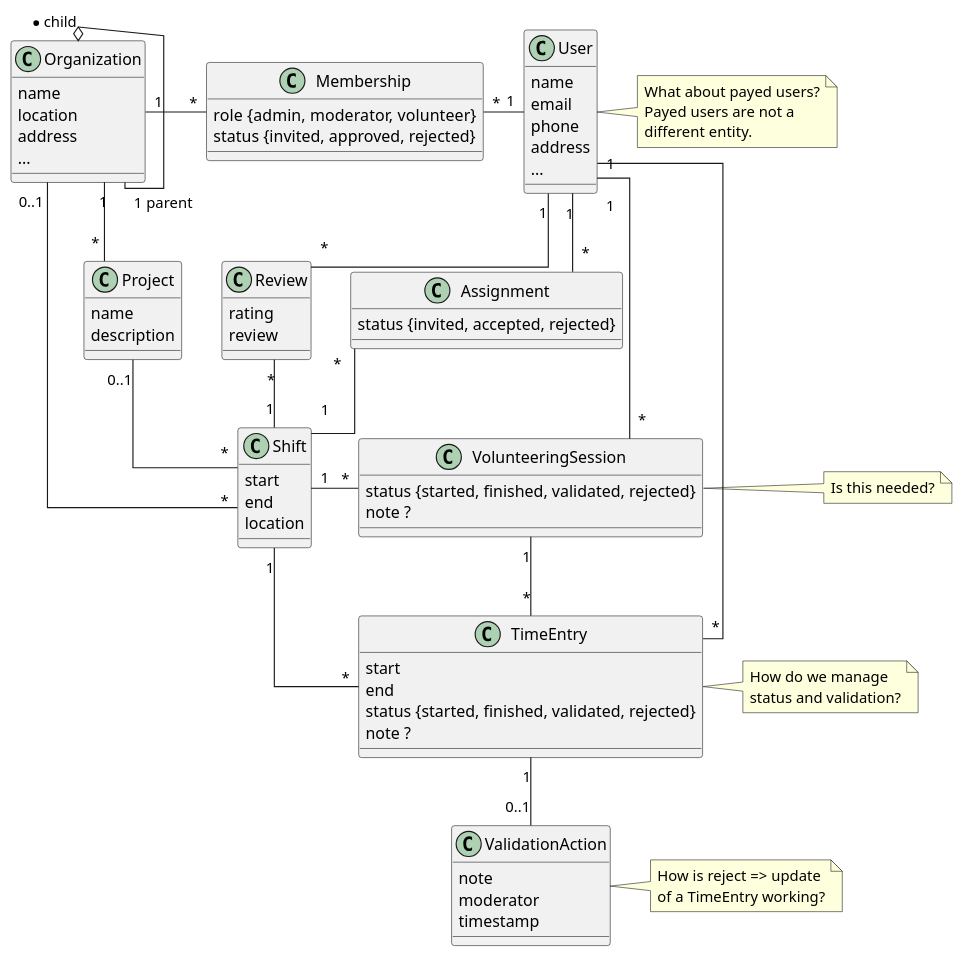
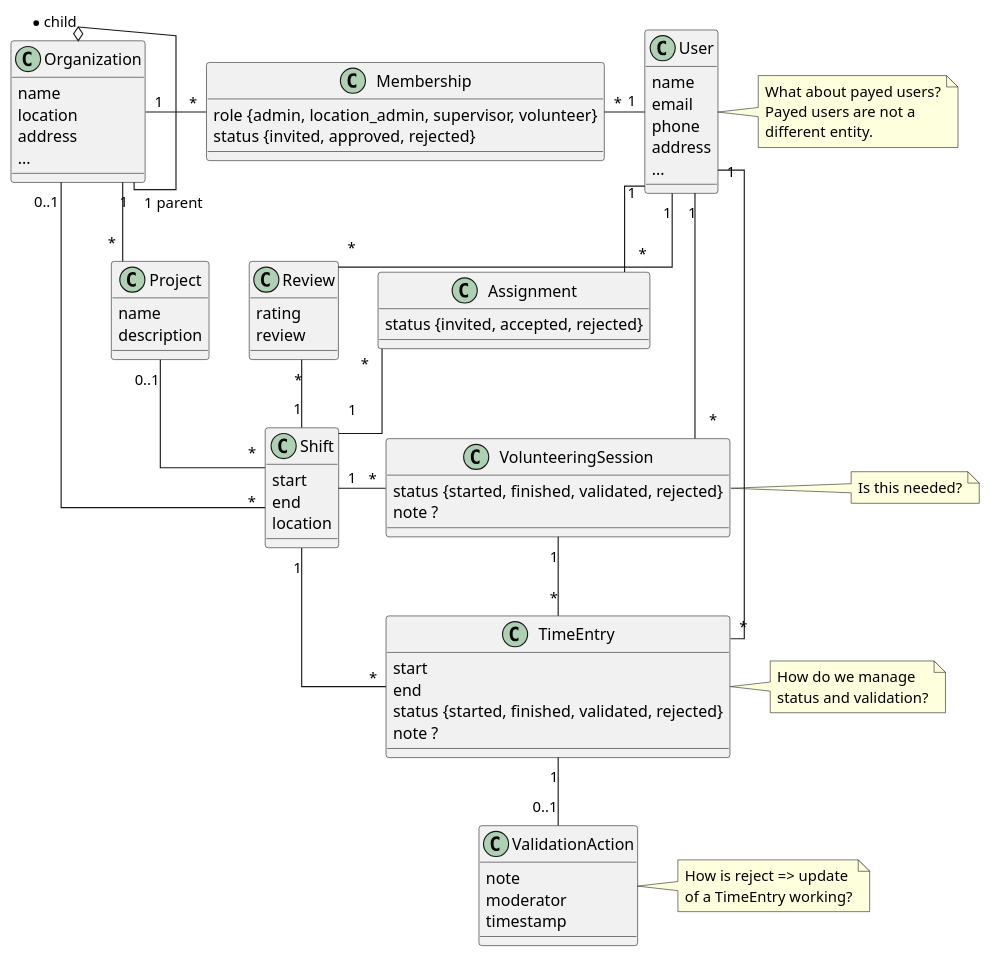
The diagram in model.plantuml (holi-social/caluno), drawn with PlantUML before and after one commit. The commit also changed 33 other files, not shown here.

```diff
--- a/model.plantuml
+++ b/model.plantuml
@@ -1,72 +1,72 @@
 @startuml clippy
 skinparam linetype ortho
 class Organization {
     name
     location
     address
     ...
 }
 class User {
     name
     email
     phone
     address
     ...
 }
 note right: What about payed users?\nPayed users are not a\ndifferent entity.
 class Project {
     name
     description
 }
 class Shift {
     start
     end
     location
 }
 class TimeEntry {
     start
     end
     status {started, finished, validated, rejected}
     note ?
 }
 note right: How do we manage\nstatus and validation?
 class Membership {
-    role {admin, moderator, volunteer}
+    role {admin, location_admin, supervisor, volunteer}
     status {invited, approved, rejected}
 }
 class Assignment {
     status {invited, accepted, rejected}
 }
 class Review {
     rating
     review
 }
 class VolunteeringSession {
     status {started, finished, validated, rejected}
     note ?
 }
 note right: Is this needed?
 class ValidationAction {
     note
     moderator
     timestamp
 }
 note right: How is reject => update\nof a TimeEntry working?
 
 Organization "* child" o-- "1 parent" Organization
 Organization "1" -down- "*" Project
 Organization "0..1" -- "*" Shift
 Project "0..1" -right- "*" Shift
 Organization "1" -right- "*" Membership
 Membership "*" -right- "1" User
 Assignment "*" -up- "1" User
 Shift "1" -up- "*" Assignment
 Review "*" -up- "1" User
 Shift "1" -up- "*" Review
 TimeEntry "*" -up- "1" User
 TimeEntry "*" -- "1" Shift
 VolunteeringSession "*" -up- "1" User
 VolunteeringSession "*" -left- "1" Shift
 VolunteeringSession "1" -- "*" TimeEntry
 TimeEntry "1" -- "0..1" ValidationAction
 @enduml
```
